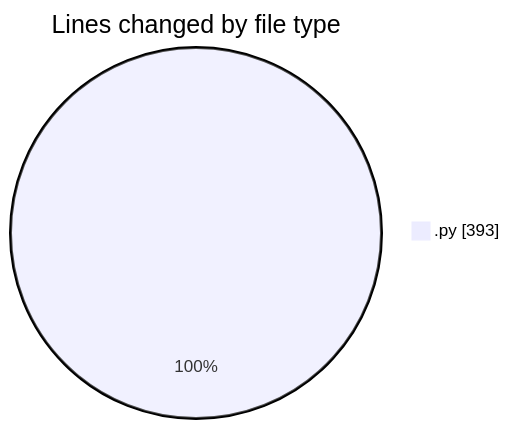
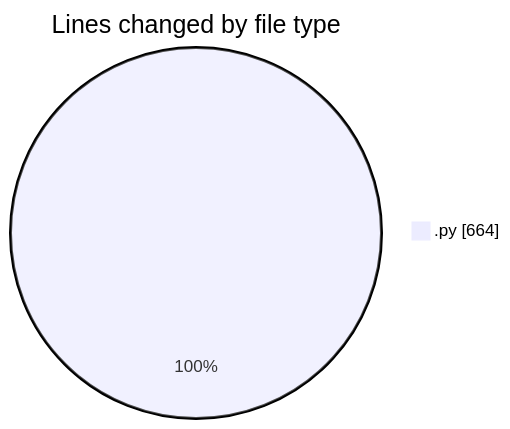
The first of 2 diagrams in 2025-11-20/eventscop-api-guide__workspace_/README.md (julien-gomy/code-tracking), drawn with Mermaid before and after one commit. The commit also changed other lines of this file and 1 other file, not shown here.

````diff
--- a/2025-11-20/eventscop-api-guide__workspace_/README.md
+++ b/2025-11-20/eventscop-api-guide__workspace_/README.md
@@ -20,5 +22,5 @@
 ```mermaid
 pie showData
 title Lines changed by file type
-".py" : 393
+".py" : 664
 ```
````
